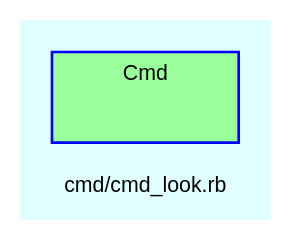
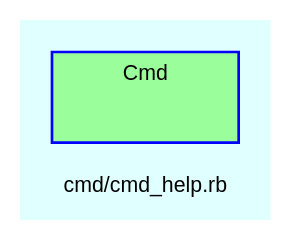
Before and after one commit to Tyche/teensymud: the diagram in doc/dot/f_9.dot, drawn with Graphviz. The commit also changed 65 other files, not shown here.

```diff
--- a/doc/dot/f_9.dot
+++ b/doc/dot/f_9.dot
@@ -1,29 +1,29 @@
 digraph TopLevel {
     compound = true
     bgcolor = lightcyan1
     fontname = Arial
     fontsize = 8
-    label = "cmd/cmd_look.rb"
+    label = "cmd/cmd_help.rb"
     node [
         fontname = Arial,
         fontsize = 8,
         color = black
     ]
 
     subgraph cluster_Cmd {
         fillcolor = palegreen1
         URL = "classes/Cmd.html"
         fontname = Arial
         color = blue
         label = "Cmd"
         style = filled
         Cmd [
             shape = plaintext,
             height = 0.01,
             width = 0.75,
             label = ""
         ]
 
     }
 
 }
```
